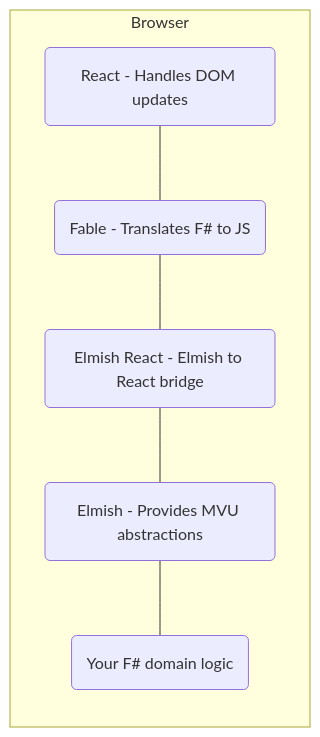
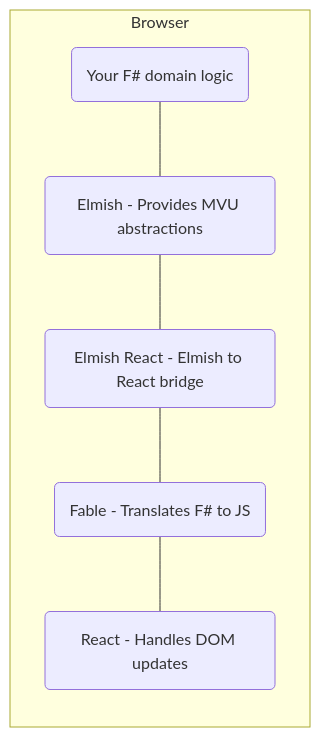
The second of 2 diagrams in docs/component-elmish.md (SAFE-Stack/docs), drawn with Mermaid before and after one commit. The commit also changed other lines of this file and 8 other files, not shown here.

````diff
--- a/docs/component-elmish.md
+++ b/docs/component-elmish.md
@@ -23,11 +25,11 @@
 ```mermaid
-flowchart LR
+flowchart RL
 subgraph Browser
 React(React - Handles DOM updates)
 Fable(Fable - Translates F# to JS)
 ER(Elmish React - Elmish to React bridge)
 Elmish(Elmish - Provides MVU abstractions)
 You(Your F# domain logic)
-React --- Fable --- ER --- Elmish --- You
+You --- Elmish --- ER --- Fable --- React
 end
 ```
````
